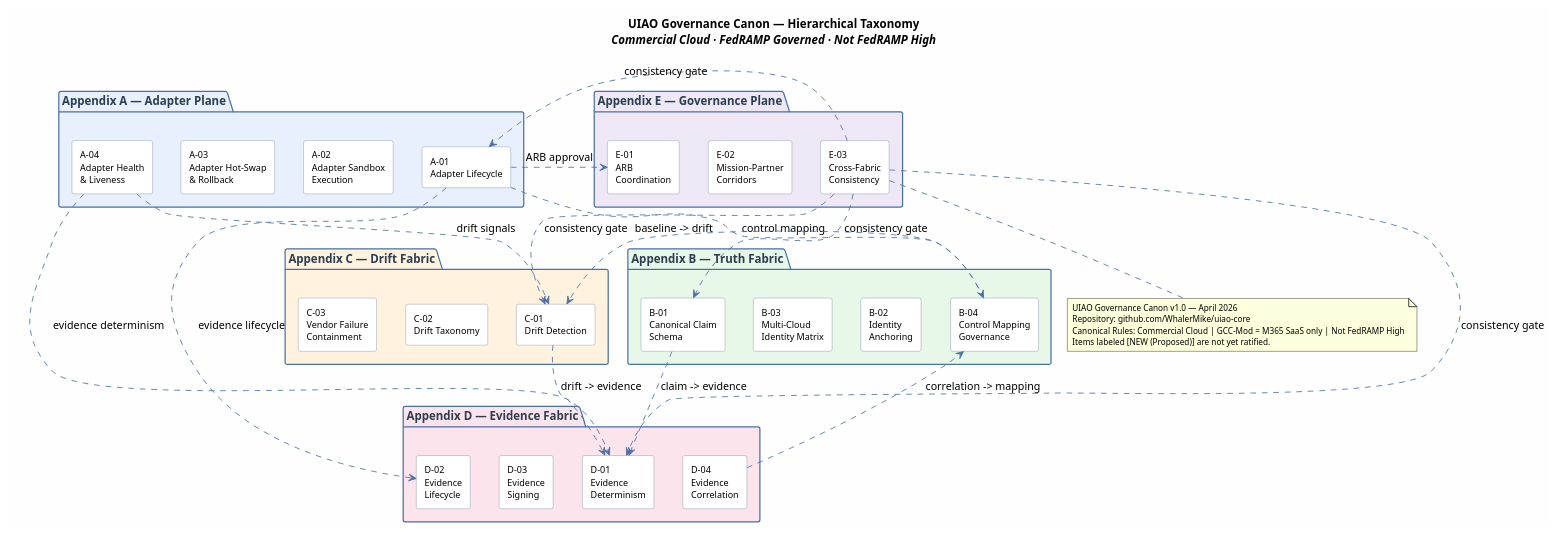
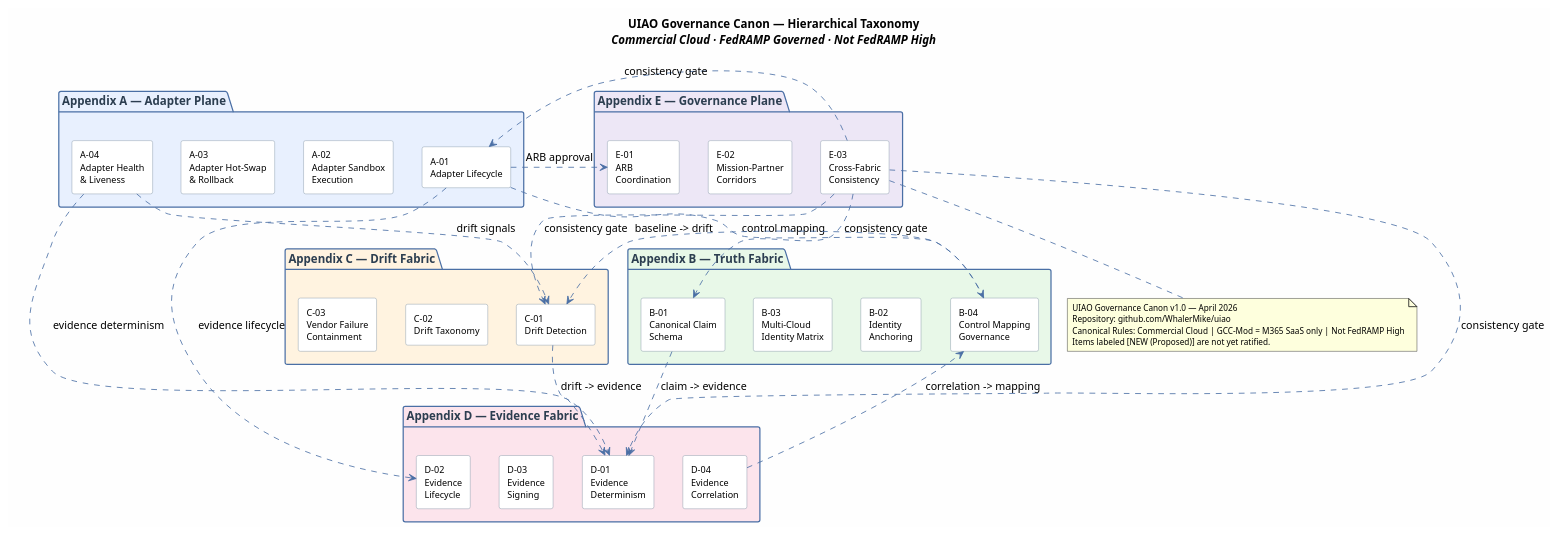
The diagram in docs/diagrams/uiao-governance-hierarchy.puml (WhalerMike/uiao), drawn with PlantUML before and after one commit. The commit also changed 432 other files, not shown here.

```diff
--- a/docs/diagrams/uiao-governance-hierarchy.puml
+++ b/docs/diagrams/uiao-governance-hierarchy.puml
@@ -1,75 +1,75 @@
 @startuml UIAO_Governance_Hierarchy
 ' UIAO Governance Canon — Master Hierarchy Diagram
 ' Generated: April 2026 | No-Hallucination Protocol Active
 ' All items derived from canonical source of truth.
 
 skinparam backgroundColor #FEFEFE
 skinparam packageBackgroundColor #F0F4FA
 skinparam packageBorderColor #4A6FA5
 skinparam packageFontColor #2C3E50
 skinparam packageFontSize 14
 skinparam packageFontStyle bold
 skinparam rectangleBackgroundColor #FFFFFF
 skinparam rectangleBorderColor #7B8D9E
 skinparam rectangleFontSize 11
 skinparam arrowColor #4A6FA5
 skinparam noteFontSize 10
 
 title **UIAO Governance Canon — Hierarchical Taxonomy**\n//Commercial Cloud · FedRAMP Governed · Not FedRAMP High//
 
 package "Appendix A — Adapter Plane" as A #E8F0FE {
   rectangle "A-01\nAdapter Lifecycle" as A01
   rectangle "A-02\nAdapter Sandbox\nExecution" as A02
   rectangle "A-03\nAdapter Hot-Swap\n& Rollback" as A03
   rectangle "A-04\nAdapter Health\n& Liveness" as A04
 }
 
 package "Appendix B — Truth Fabric" as B #E8F8E8 {
   rectangle "B-01\nCanonical Claim\nSchema" as B01
   rectangle "B-02\nIdentity\nAnchoring" as B02
   rectangle "B-03\nMulti-Cloud\nIdentity Matrix" as B03
   rectangle "B-04\nControl Mapping\nGovernance" as B04
 }
 
 package "Appendix C — Drift Fabric" as C #FFF3E0 {
   rectangle "C-01\nDrift Detection" as C01
   rectangle "C-02\nDrift Taxonomy" as C02
   rectangle "C-03\nVendor Failure\nContainment" as C03
 }
 
 package "Appendix D — Evidence Fabric" as D #FCE4EC {
   rectangle "D-01\nEvidence\nDeterminism" as D01
   rectangle "D-02\nEvidence\nLifecycle" as D02
   rectangle "D-03\nEvidence\nSigning" as D03
   rectangle "D-04\nEvidence\nCorrelation" as D04
 }
 
 package "Appendix E — Governance Plane" as E #EDE7F6 {
   rectangle "E-01\nARB\nCoordination" as E01
   rectangle "E-02\nMission-Partner\nCorridors" as E02
   rectangle "E-03\nCross-Fabric\nConsistency" as E03
 }
 
 ' Cross-plane dependencies [NEW (Proposed)]
 A01 -[#4A6FA5,dashed]-> B04 : control mapping
 A01 -[#4A6FA5,dashed]-> D02 : evidence lifecycle
 A01 -[#4A6FA5,dashed]-> E01 : ARB approval
 A04 -[#4A6FA5,dashed]-> C01 : drift signals
 A04 -[#4A6FA5,dashed]-> D01 : evidence determinism
 B01 -[#4A6FA5,dashed]-> D01 : claim -> evidence
 B04 -[#4A6FA5,dashed]-> C01 : baseline -> drift
 C01 -[#4A6FA5,dashed]-> D01 : drift -> evidence
 D04 -[#4A6FA5,dashed]-> B04 : correlation -> mapping
 E03 -[#4A6FA5,dashed]-> A01 : consistency gate
 E03 -[#4A6FA5,dashed]-> B01 : consistency gate
 E03 -[#4A6FA5,dashed]-> C01 : consistency gate
 E03 -[#4A6FA5,dashed]-> D01 : consistency gate
 
 note bottom
   UIAO Governance Canon v1.0 — April 2026
-  Repository: github.com/WhalerMike/uiao-core
+  Repository: github.com/WhalerMike/uiao
   Canonical Rules: Commercial Cloud | GCC-Mod = M365 SaaS only | Not FedRAMP High
   Items labeled [NEW (Proposed)] are not yet ratified.
 end note
 
 @enduml
```
